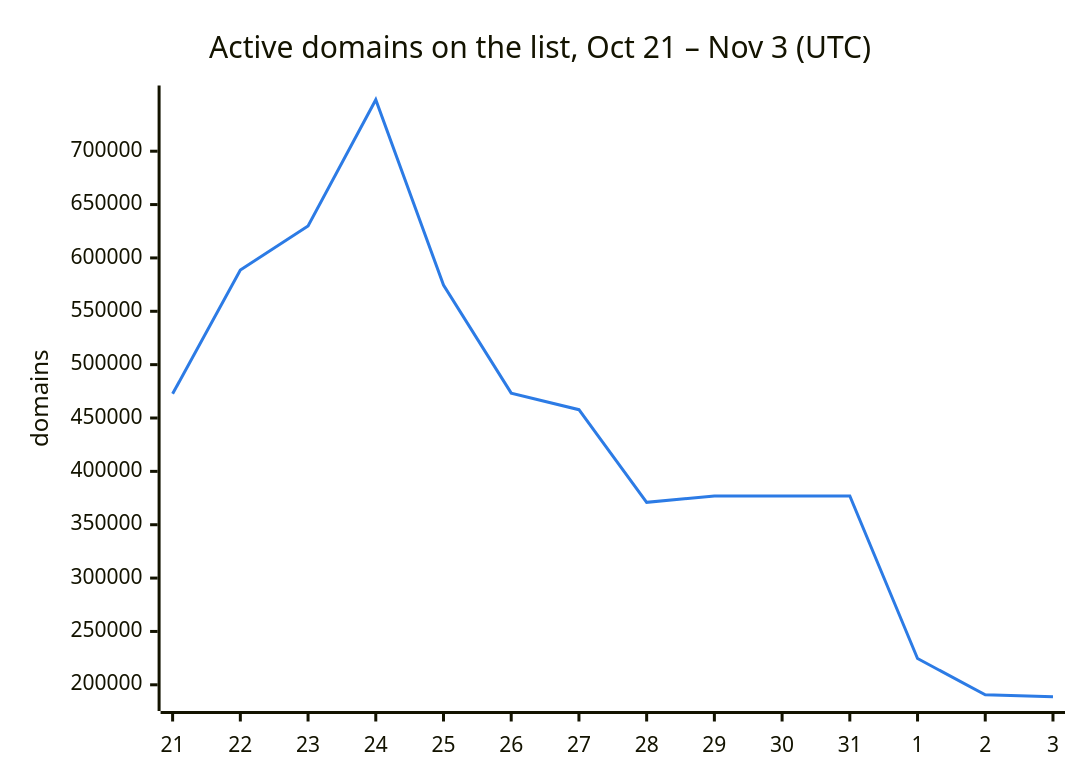
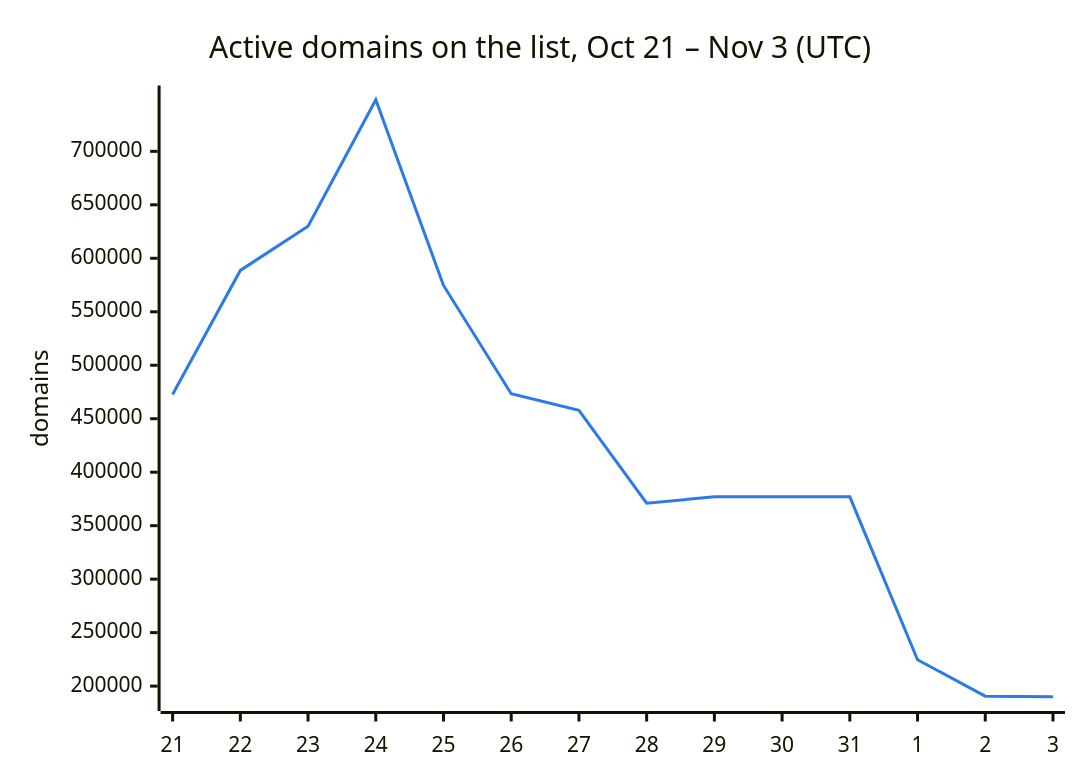
One commit to DNSBunker/CTI changed the second of 3 diagrams in README.md. Above: the diagram before and after it, drawn with Mermaid. The commit also changed other lines of this file and 3 other files, not shown here.

````diff
--- a/README.md
+++ b/README.md
@@ -38,8 +38,8 @@
 ```mermaid
 %%{init: {"themeVariables": {"xyChart": {"plotColorPalette": "#2c7be5"}}}}%%
 xychart-beta
     title "Active domains on the list, Oct 21 – Nov 3 (UTC)"
     x-axis ["21", "22", "23", "24", "25", "26", "27", "28", "29", "30", "31", "1", "2", "3"]
     y-axis "domains"
-    line [472713, 588659, 629951, 748222, 574614, 473331, 457795, 371010, 376945, 376945, 376945, 224607, 190603, 188804]
+    line [472713, 588659, 629951, 748222, 574614, 473331, 457795, 371010, 376945, 376945, 376945, 224607, 190603, 190056]
 ```
````
